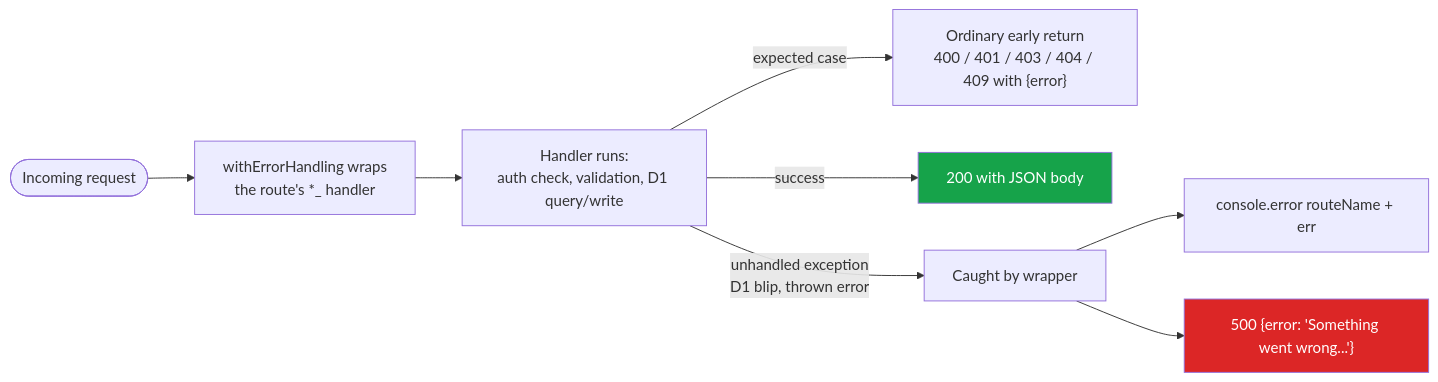
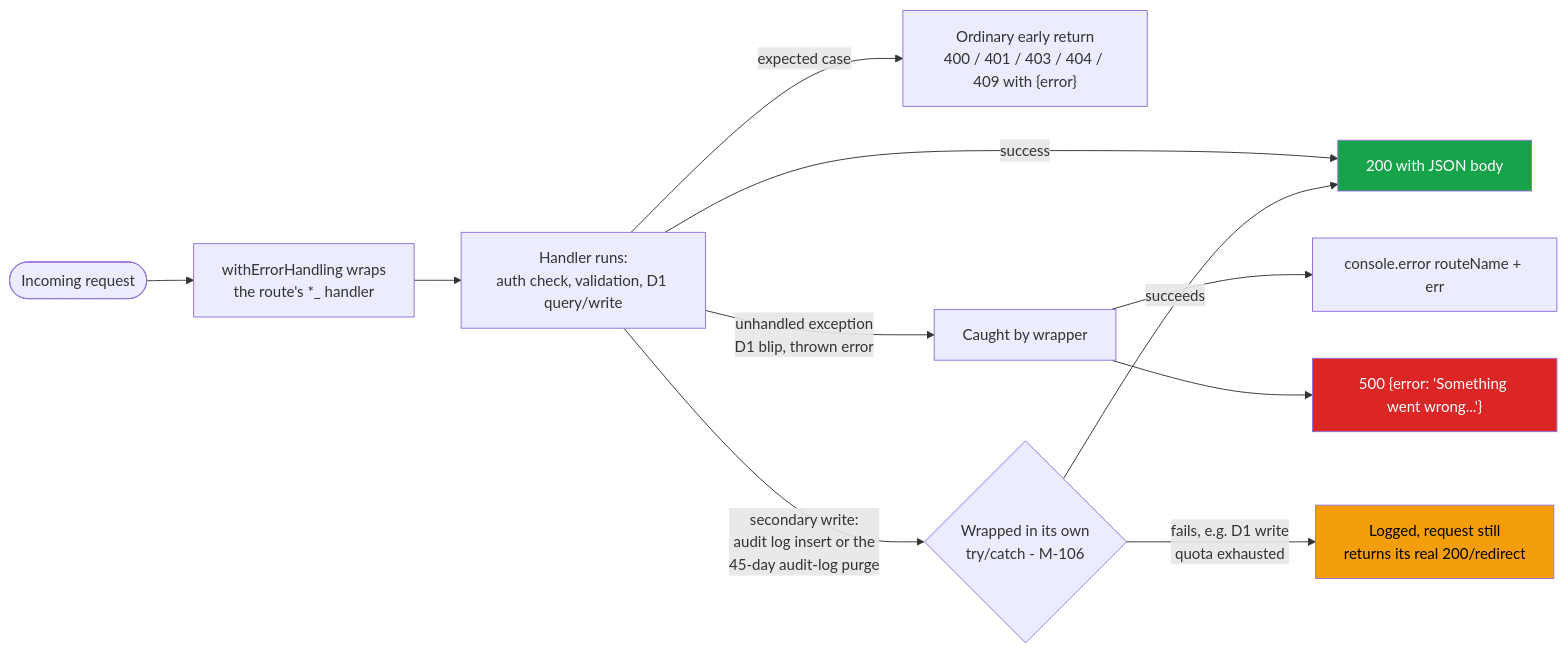
The fourth of 4 diagrams in docs/app-flow.md (SubhanRaj/up-excise-spatial-revenue-optimizer), drawn with Mermaid before and after one commit. The commit also changed other lines of this file and 4 other files, not shown here.

First line of the commit message:
Docs: catch up README/SECURITY/TEST/app-flow/roadmap to M-103–M-106

````diff
--- a/docs/app-flow.md
+++ b/docs/app-flow.md
@@ -194,13 +210,18 @@
 ```mermaid
 flowchart LR
     Req([Incoming request]) --> Wrapped[withErrorHandling wraps\nthe route's *_ handler]
     Wrapped --> Handler[Handler runs:\nauth check, validation, D1 query/write]
     Handler -->|expected case| EarlyReturn["Ordinary early return\n400 / 401 / 403 / 404 / 409 with {error}"]
     Handler -->|success| OK["200 with JSON body"]
     Handler -->|unhandled exception\nD1 blip, thrown error| Caught[Caught by wrapper]
     Caught --> Logged[console.error routeName + err]
     Caught --> Generic["500 {error: 'Something went wrong...'}"]
 
+    Handler -->|secondary write:\naudit log insert or the\n45-day audit-log purge| BestEffort{"Wrapped in its own\ntry/catch - M-106"}
+    BestEffort -->|fails, e.g. D1 write\nquota exhausted| SwallowLog[Logged, request still\nreturns its real 200/redirect]
+    BestEffort -->|succeeds| OK
+
     style Generic fill:#dc2626,color:#fff
     style OK fill:#16a34a,color:#fff
+    style SwallowLog fill:#f59e0b,color:#000
 ```
````
